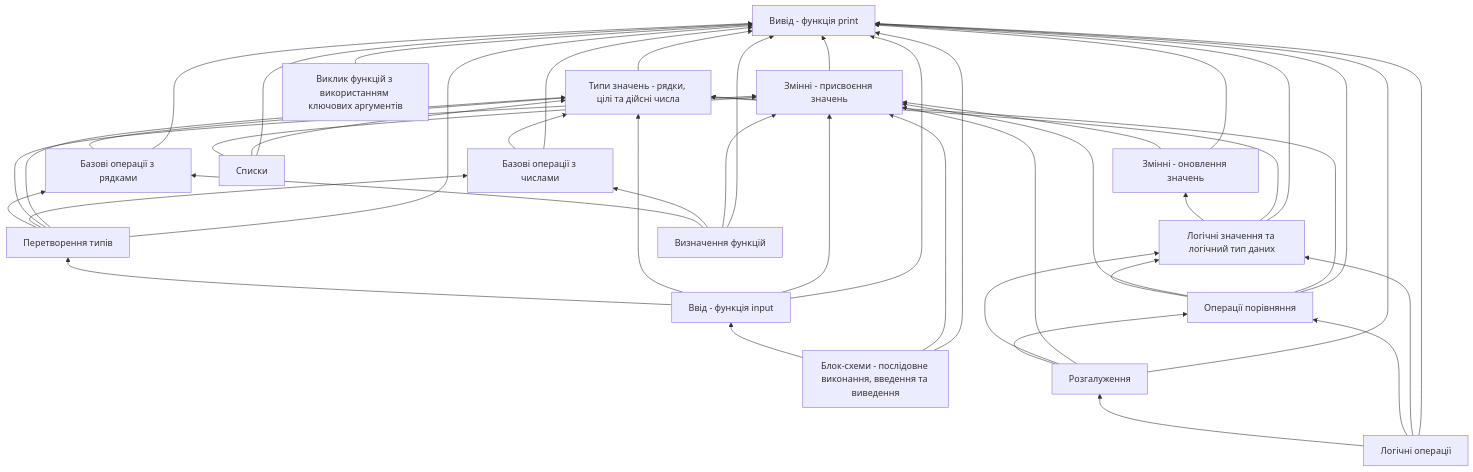
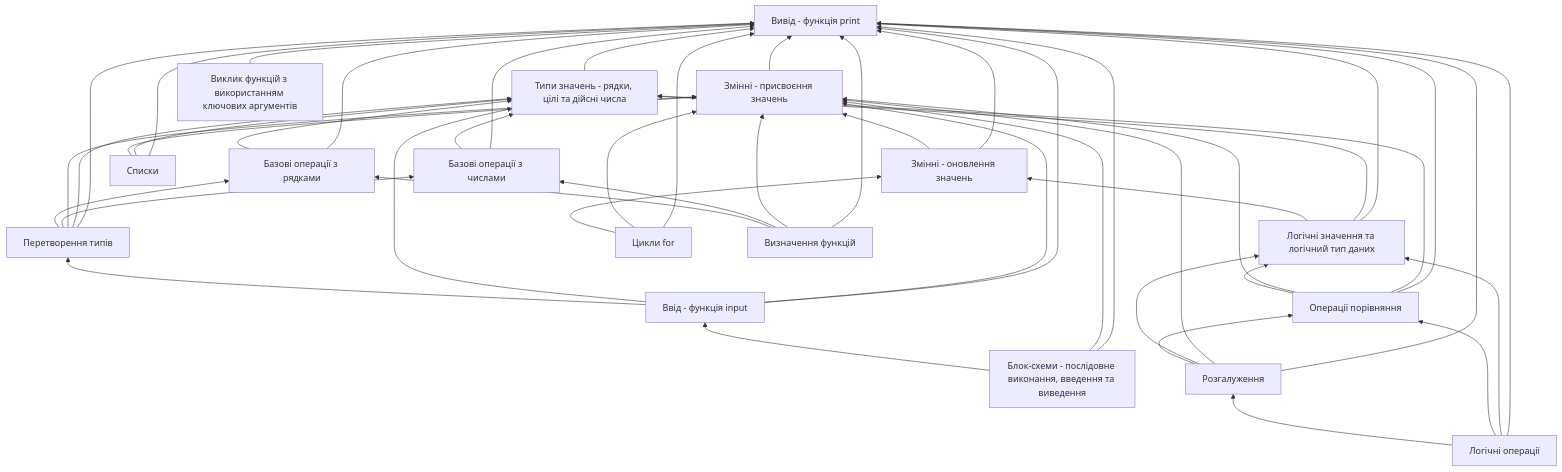
The diagram in Залежності.md (EugeneLoy/nauklit-python-8), drawn with Mermaid before and after one commit. The commit also changed 2 other files, not shown here.

Commit message:
added article on fors

````diff
--- a/Залежності.md
+++ b/Залежності.md
@@ -5,63 +5,67 @@
 ```mermaid
 graph BT
     A["Вивід - функція print"] 
     B["Типи значень - рядки, цілі та дійсні числа"]
     C["Змінні - присвоєння значень"]
     D["Змінні - оновлення значень"]
     E["Базові операції з числами"]
     F["Базові операції з рядками"]
     G["Перетворення типів"]
     H["Ввід - функція input"]
     I["Блок-схеми - послідовне виконання, введення та виведення"]
     J["Логічні значення та логічний тип даних"]
     K["Операції порівняння"]
     L["Логічні операції"]
     M["Розгалуження"]
+    Q["Цикли for"]
     N["Виклик функцій з використанням ключових аргументів"]
     O["Визначення функцій"]
     P["Списки"]
 
     B --> A
     C --> A
     D --> A
     D --> C
     E --> A
     E --> B
     F --> A
     F --> B
     G --> A
     G --> B
     G --> C
     G --> E
     G --> F
     H --> A
     H --> C
     H --> B
     H --> G
     I --> A
     I --> C
     I --> H
     J --> A
     J --> B
     J --> D
     K --> A
     K --> B
     K --> C
     K --> J
     L --> A
     L --> J
     L --> K
     L --> M
     M --> A
     M --> C
     M --> J
     M --> K
+    Q --> A
+    Q --> C
+    Q --> D
     N --> A
     O --> A
     O --> C
     O --> E
     O --> F
     P --> A
     P --> B
     P --> C
 ```
````
